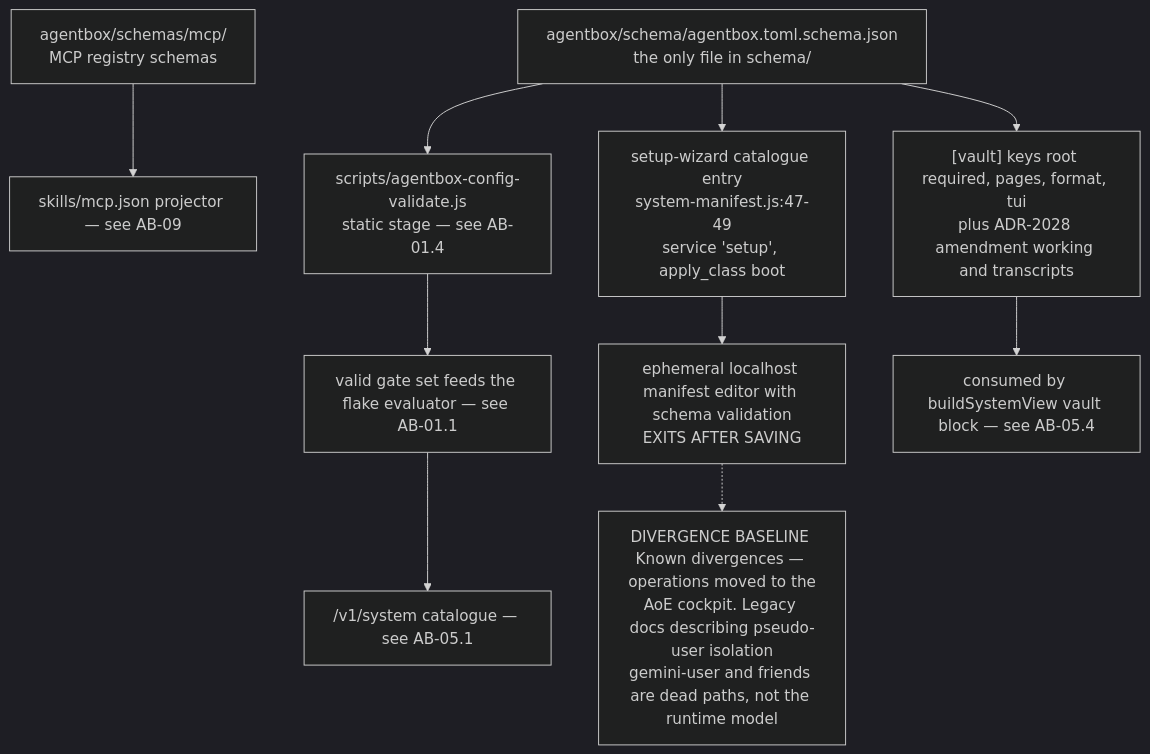
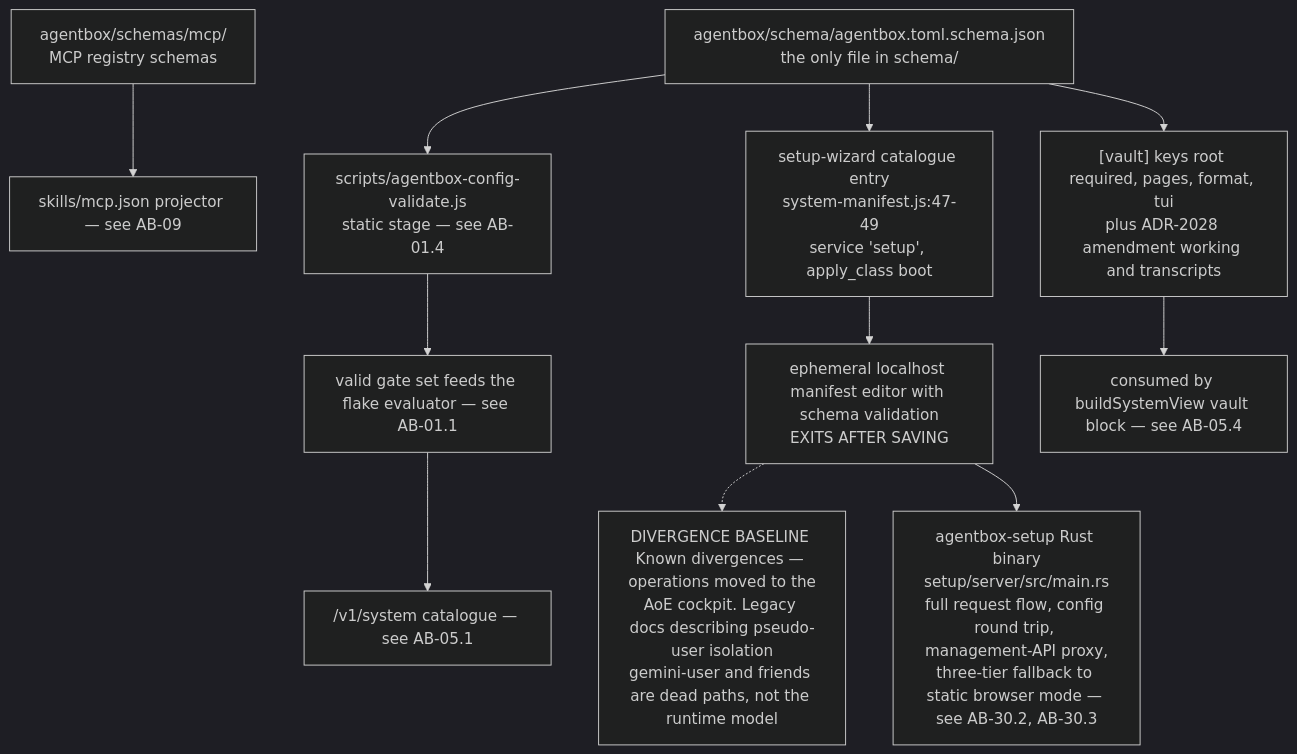
Before and after one commit to DreamLab-AI/VisionFlow: the tenth of 14 diagrams in docs/diagrams/agentbox/05-manifest-gates-and-cli.md, drawn with Mermaid (dark theme). The commit also changed other lines of this file and 136 other files, not shown here.

First line of the commit message:
docs(diagrams): refresh the whole corpus to code HEAD and prune low-value diagrams

````diff
--- a/docs/diagrams/agentbox/05-manifest-gates-and-cli.md
+++ b/docs/diagrams/agentbox/05-manifest-gates-and-cli.md
@@ -302,12 +312,13 @@
 ```mermaid
 flowchart TD
     S1["agentbox/schema/agentbox.toml.schema.json<br/>the only file in schema/"] --> V["scripts/agentbox-config-validate.js<br/>static stage — see AB-01.4"]
     S2["agentbox/schemas/mcp/<br/>MCP registry schemas"] --> P["skills/mcp.json projector — see AB-09"]
     V --> GATE["valid gate set feeds the flake evaluator — see AB-01.1"]
     S1 --> SW["setup-wizard catalogue entry<br/>system-manifest.js:47-49<br/>service 'setup', apply_class boot"]
     SW --> SWB["ephemeral localhost manifest editor with schema validation<br/>EXITS AFTER SAVING"]
     SWB -.-> DIV["DIVERGENCE BASELINE Known divergences — operations moved to the<br/>AoE cockpit. Legacy docs describing pseudo-user isolation<br/>gemini-user and friends are dead paths, not the runtime model"]
+    SWB --> BIN["agentbox-setup Rust binary<br/>setup/server/src/main.rs<br/>full request flow, config round trip, management-API proxy,<br/>three-tier fallback to static browser mode — see AB-30.2, AB-30.3"]
     S1 --> VS["[vault] keys root required, pages, format, tui<br/>plus ADR-2028 amendment working and transcripts"]
     VS --> AB4["consumed by buildSystemView vault block — see AB-05.4"]
     GATE --> MAN["/v1/system catalogue — see AB-05.1"]
 ```
````
